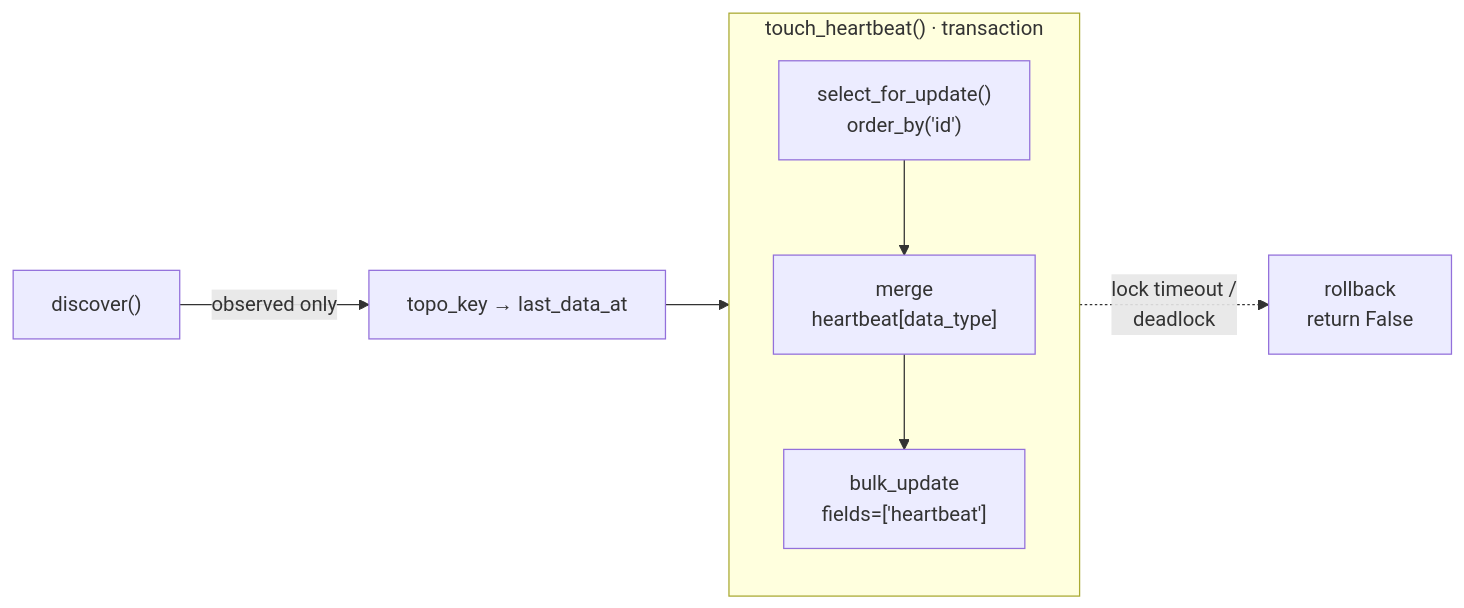
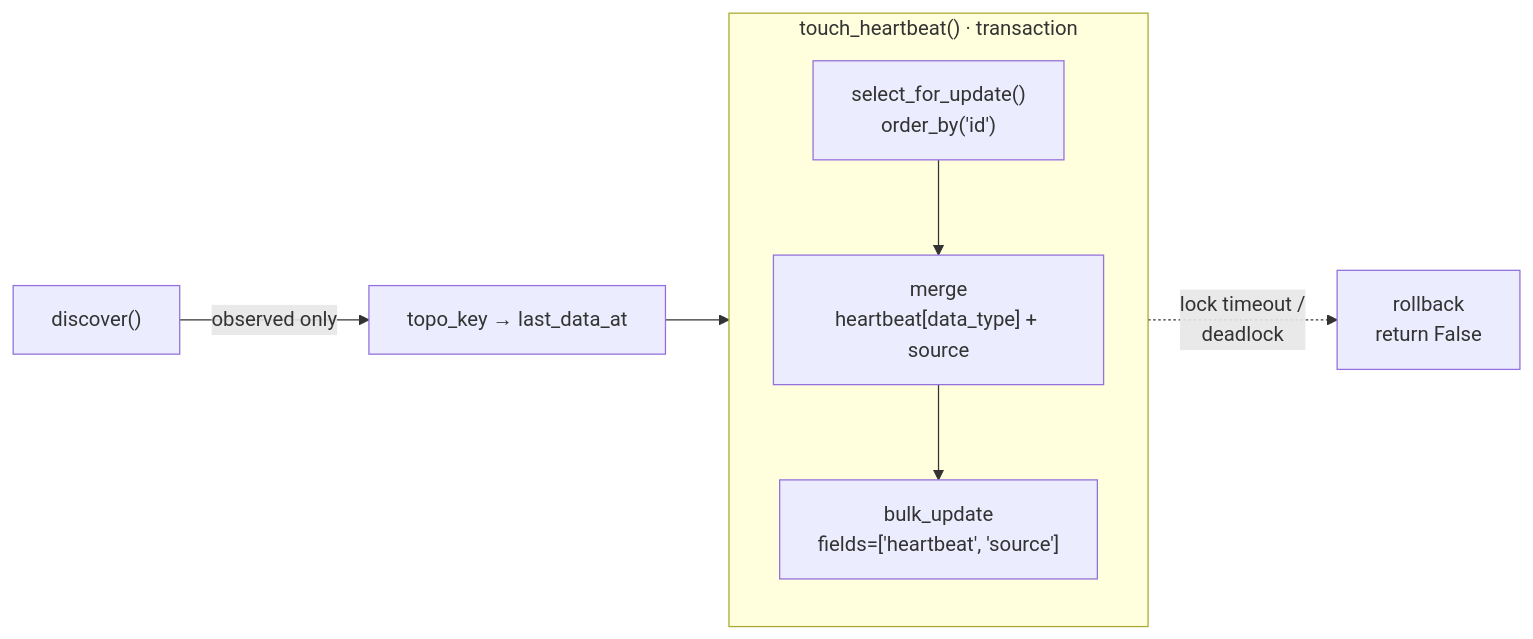
One commit to ZhuoZhuoCrayon/ai-workspace changed the second of 3 diagrams in knowledge/bkmonitor/issues/2026-09-16-apm-service-data-status-heartbeat/PLAN.md. Above: the diagram before and after it, drawn with Mermaid. The commit also changed other lines of this file, not shown here.

Commit message:
docs(issue): add heartbeat source compensation

````diff
--- a/knowledge/bkmonitor/issues/2026-09-16-apm-service-data-status-heartbeat/PLAN.md
+++ b/knowledge/bkmonitor/issues/2026-09-16-apm-service-data-status-heartbeat/PLAN.md
@@ -188,13 +191,13 @@
 ```mermaid
 flowchart LR
     A["discover()"] -->|"observed only"| B["topo_key → last_data_at"]
     B --> E
 
     subgraph T["touch_heartbeat() · transaction"]
         direction TB
-        E["select_for_update()<br/>order_by('id')"] --> F["merge<br/>heartbeat[data_type]"]
-        F --> G["bulk_update<br/>fields=['heartbeat']"]
+        E["select_for_update()<br/>order_by('id')"] --> F["merge<br/>heartbeat[data_type] + source"]
+        F --> G["bulk_update<br/>fields=['heartbeat', 'source']"]
     end
 
     E -.->|"lock timeout /<br/>deadlock"| R["rollback<br/>return False"]
 ```
````
